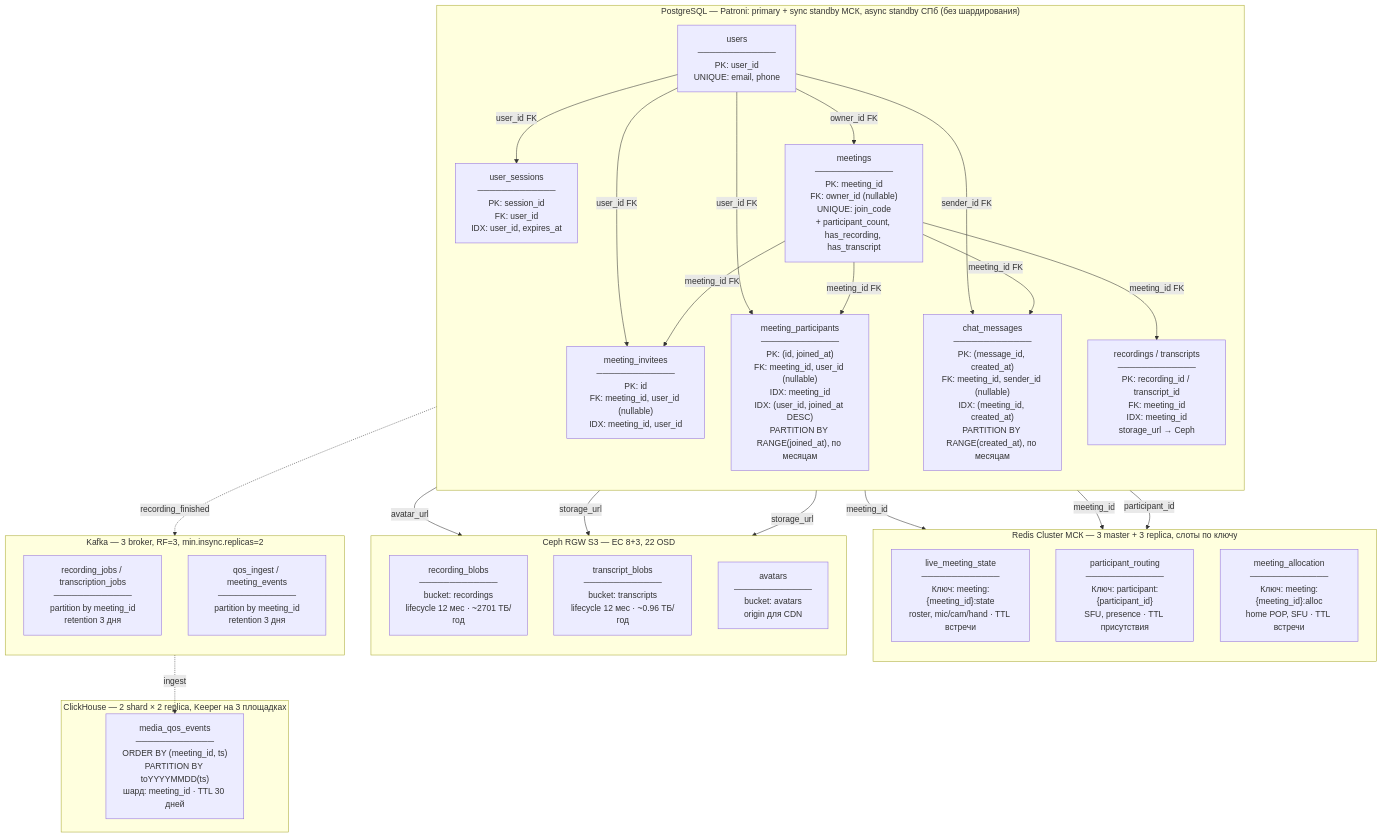
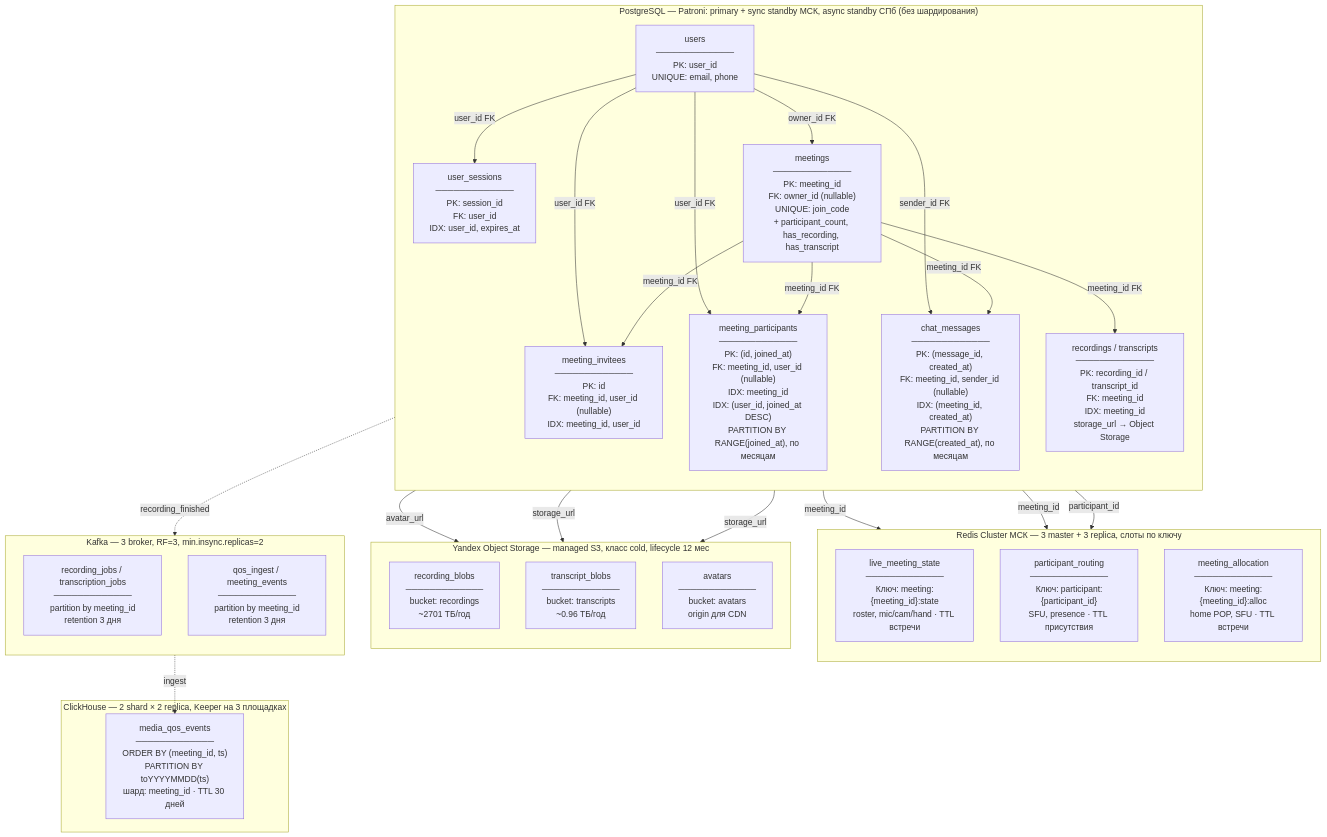
Before and after one commit to armishev/highload_course_project: the diagram in resources/physical-database.md, drawn with Mermaid. The commit also changed 8 other files, not shown here.

````diff
--- a/resources/physical-database.md
+++ b/resources/physical-database.md
@@ -3,57 +3,57 @@
 ```mermaid
 flowchart TB
     subgraph PG["PostgreSQL — Patroni: primary + sync standby МСК, async standby СПб (без шардирования)"]
         direction TB
         U["users\n─────────────\nPK: user_id\nUNIQUE: email, phone"]
         US["user_sessions\n─────────────\nPK: session_id\nFK: user_id\nIDX: user_id, expires_at"]
         MT["meetings\n─────────────\nPK: meeting_id\nFK: owner_id (nullable)\nUNIQUE: join_code\n+ participant_count, has_recording, has_transcript"]
         MI["meeting_invitees\n─────────────\nPK: id\nFK: meeting_id, user_id (nullable)\nIDX: meeting_id, user_id"]
         MP["meeting_participants\n─────────────\nPK: (id, joined_at)\nFK: meeting_id, user_id (nullable)\nIDX: meeting_id\nIDX: (user_id, joined_at DESC)\nPARTITION BY RANGE(joined_at), по месяцам"]
         CM["chat_messages\n─────────────\nPK: (message_id, created_at)\nFK: meeting_id, sender_id (nullable)\nIDX: (meeting_id, created_at)\nPARTITION BY RANGE(created_at), по месяцам"]
-        RT["recordings / transcripts\n─────────────\nPK: recording_id / transcript_id\nFK: meeting_id\nIDX: meeting_id\nstorage_url → Ceph"]
+        RT["recordings / transcripts\n─────────────\nPK: recording_id / transcript_id\nFK: meeting_id\nIDX: meeting_id\nstorage_url → Object Storage"]
     end
 
     subgraph REDIS["Redis Cluster МСК — 3 master + 3 replica, слоты по ключу"]
         direction TB
         LS["live_meeting_state\n─────────────\nКлюч: meeting:{meeting_id}:state\nroster, mic/cam/hand · TTL встречи"]
         PR["participant_routing\n─────────────\nКлюч: participant:{participant_id}\nSFU, presence · TTL присутствия"]
         MA["meeting_allocation\n─────────────\nКлюч: meeting:{meeting_id}:alloc\nhome POP, SFU · TTL встречи"]
     end
 
     subgraph CH["ClickHouse — 2 shard × 2 replica, Keeper на 3 площадках"]
         QE["media_qos_events\n─────────────\nORDER BY (meeting_id, ts)\nPARTITION BY toYYYYMMDD(ts)\nшард: meeting_id · TTL 30 дней"]
     end
 
-    subgraph CEPH["Ceph RGW S3 — EC 8+3, 22 OSD"]
+    subgraph CEPH["Yandex Object Storage — managed S3, класс cold, lifecycle 12 мес"]
         direction TB
-        RB["recording_blobs\n─────────────\nbucket: recordings\nlifecycle 12 мес · ~2701 ТБ/год"]
-        TRB["transcript_blobs\n─────────────\nbucket: transcripts\nlifecycle 12 мес · ~0.96 ТБ/год"]
+        RB["recording_blobs\n─────────────\nbucket: recordings\n~2701 ТБ/год"]
+        TRB["transcript_blobs\n─────────────\nbucket: transcripts\n~0.96 ТБ/год"]
         AV["avatars\n─────────────\nbucket: avatars\norigin для CDN"]
     end
 
     subgraph KAFKA["Kafka — 3 broker, RF=3, min.insync.replicas=2"]
         direction TB
         KJ["recording_jobs / transcription_jobs\n─────────────\npartition by meeting_id\nretention 3 дня"]
         KQ["qos_ingest / meeting_events\n─────────────\npartition by meeting_id\nretention 3 дня"]
     end
 
     U -->|"user_id FK"| US
     U -->|"owner_id FK"| MT
     U -->|"user_id FK"| MI
     U -->|"user_id FK"| MP
     U -->|"sender_id FK"| CM
     U -->|"avatar_url"| AV
 
     MT -->|"meeting_id FK"| MI
     MT -->|"meeting_id FK"| MP
     MT -->|"meeting_id FK"| CM
     MT -->|"meeting_id FK"| RT
     MT -->|"meeting_id"| LS
     MT -->|"meeting_id"| MA
     MP -->|"participant_id"| PR
 
     RT -->|"storage_url"| RB
     RT -->|"storage_url"| TRB
     RT -.->|"recording_finished"| KJ
     KQ -.->|"ingest"| QE
 ```
````
